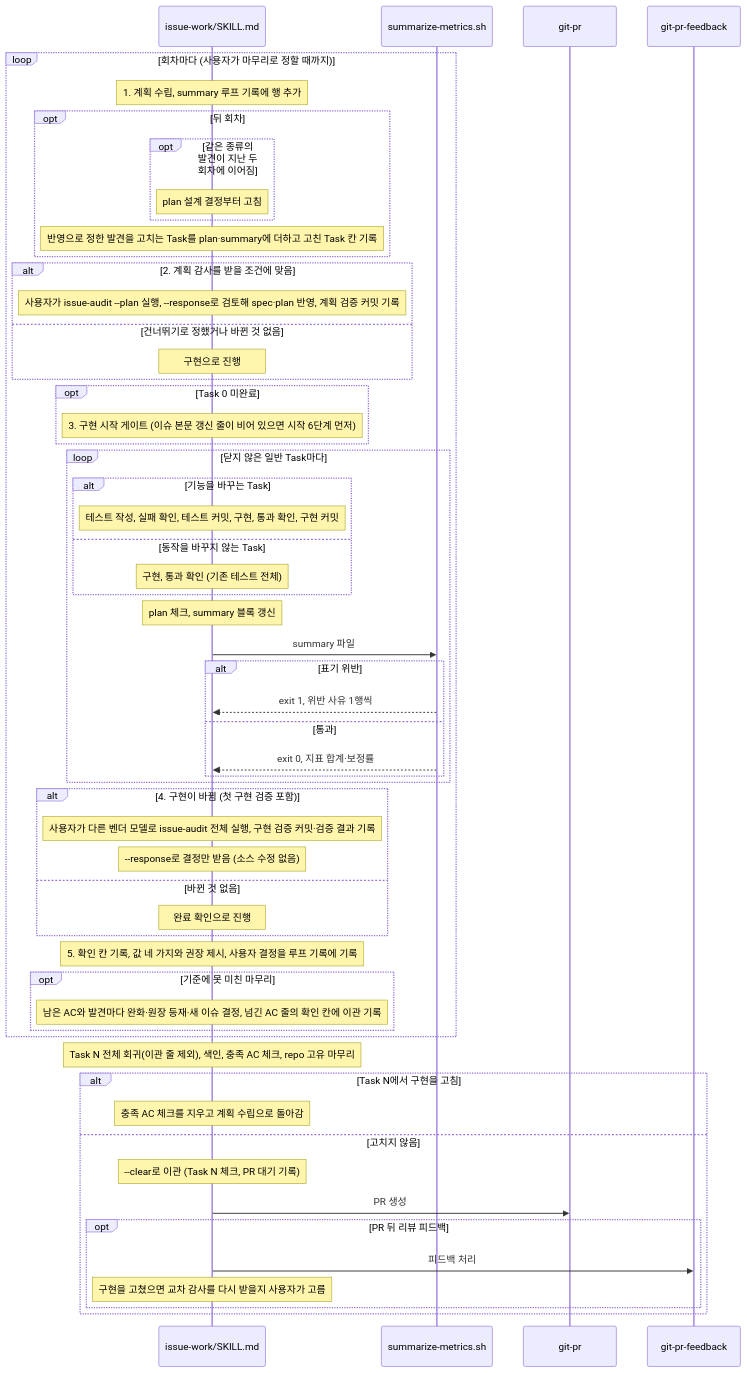
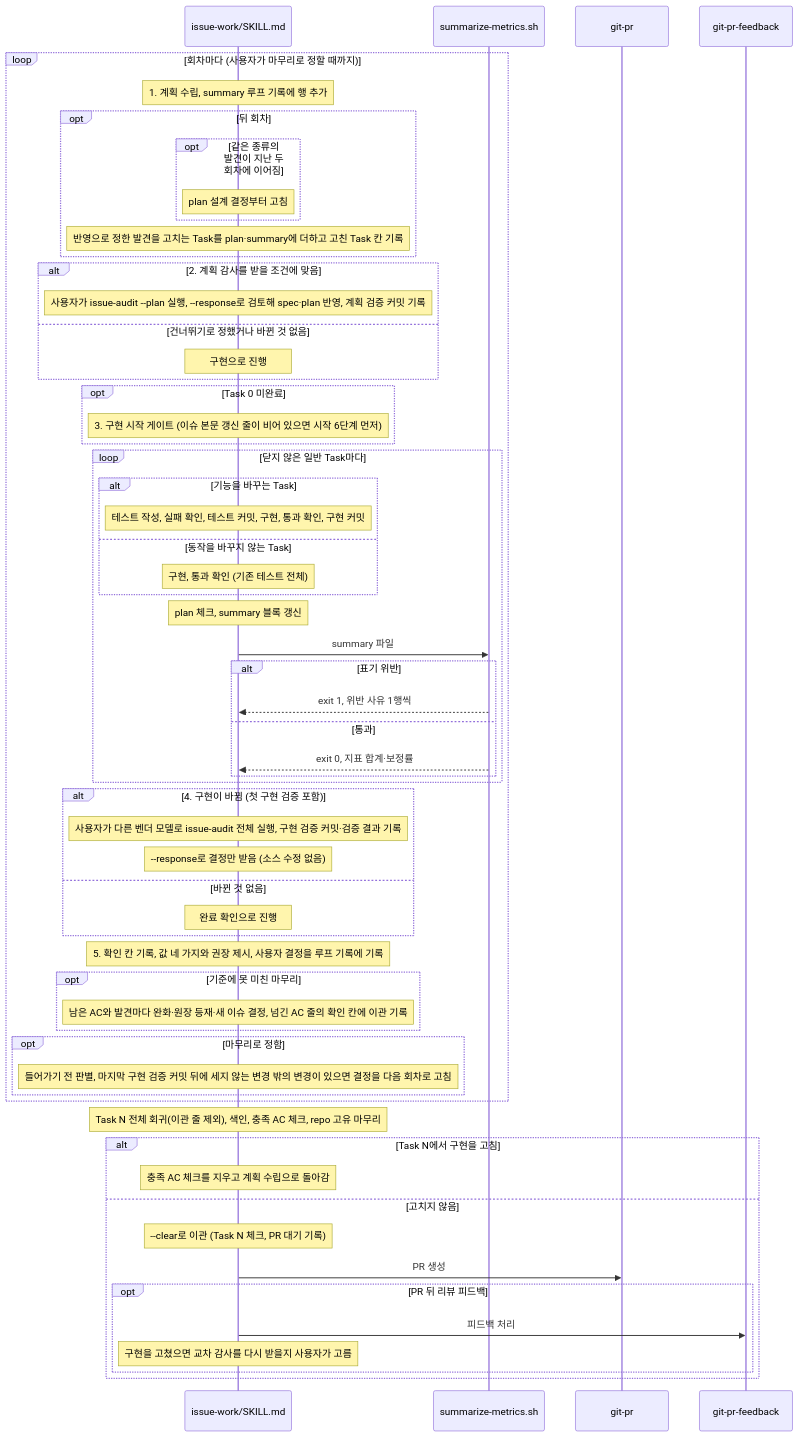
The diagram in .ai/60_codebase/issue-work/loop-call-flow.md (scroogy-dev/scroogy-agent-skills), drawn with Mermaid before and after one commit. The commit also changed other lines of this file and 12 other files, not shown here.

````diff
--- a/.ai/60_codebase/issue-work/loop-call-flow.md
+++ b/.ai/60_codebase/issue-work/loop-call-flow.md
@@ -58,60 +58,63 @@
 ```mermaid
 sequenceDiagram
     participant SK as issue-work/SKILL.md
     participant SM as summarize-metrics.sh
     participant GP as git-pr
     participant GF as git-pr-feedback
 
     loop 회차마다 (사용자가 마무리로 정할 때까지)
         Note over SK: 1. 계획 수립, summary 루프 기록에 행 추가
         opt 뒤 회차
             opt 같은 종류의 발견이 지난 두 회차에 이어짐
                 Note over SK: plan 설계 결정부터 고침
             end
             Note over SK: 반영으로 정한 발견을 고치는 Task를 plan·summary에 더하고 고친 Task 칸 기록
         end
         alt 2. 계획 감사를 받을 조건에 맞음
             Note over SK: 사용자가 issue-audit --plan 실행, --response로 검토해 spec·plan 반영, 계획 검증 커밋 기록
         else 건너뛰기로 정했거나 바뀐 것 없음
             Note over SK: 구현으로 진행
         end
         opt Task 0 미완료
             Note over SK: 3. 구현 시작 게이트 (이슈 본문 갱신 줄이 비어 있으면 시작 6단계 먼저)
         end
         loop 닫지 않은 일반 Task마다
             alt 기능을 바꾸는 Task
                 Note over SK: 테스트 작성, 실패 확인, 테스트 커밋, 구현, 통과 확인, 구현 커밋
             else 동작을 바꾸지 않는 Task
                 Note over SK: 구현, 통과 확인 (기존 테스트 전체)
             end
             Note over SK: plan 체크, summary 블록 갱신
             SK->>SM: summary 파일
             alt 표기 위반
                 SM-->>SK: exit 1, 위반 사유 1행씩
             else 통과
                 SM-->>SK: exit 0, 지표 합계·보정률
             end
         end
         alt 4. 구현이 바뀜 (첫 구현 검증 포함)
             Note over SK: 사용자가 다른 벤더 모델로 issue-audit 전체 실행, 구현 검증 커밋·검증 결과 기록
             Note over SK: --response로 결정만 받음 (소스 수정 없음)
         else 바뀐 것 없음
             Note over SK: 완료 확인으로 진행
         end
         Note over SK: 5. 확인 칸 기록, 값 네 가지와 권장 제시, 사용자 결정을 루프 기록에 기록
         opt 기준에 못 미친 마무리
             Note over SK: 남은 AC와 발견마다 완화·원장 등재·새 이슈 결정, 넘긴 AC 줄의 확인 칸에 이관 기록
         end
+        opt 마무리로 정함
+            Note over SK: 들어가기 전 판별, 마지막 구현 검증 커밋 뒤에 세지 않는 변경 밖의 변경이 있으면 결정을 다음 회차로 고침
+        end
     end
     Note over SK: Task N 전체 회귀(이관 줄 제외), 색인, 충족 AC 체크, repo 고유 마무리
     alt Task N에서 구현을 고침
         Note over SK: 충족 AC 체크를 지우고 계획 수립으로 돌아감
     else 고치지 않음
         Note over SK: --clear로 이관 (Task N 체크, PR 대기 기록)
         SK->>GP: PR 생성
         opt PR 뒤 리뷰 피드백
             SK->>GF: 피드백 처리
             Note over SK: 구현을 고쳤으면 교차 감사를 다시 받을지 사용자가 고름
         end
     end
 ```
````
